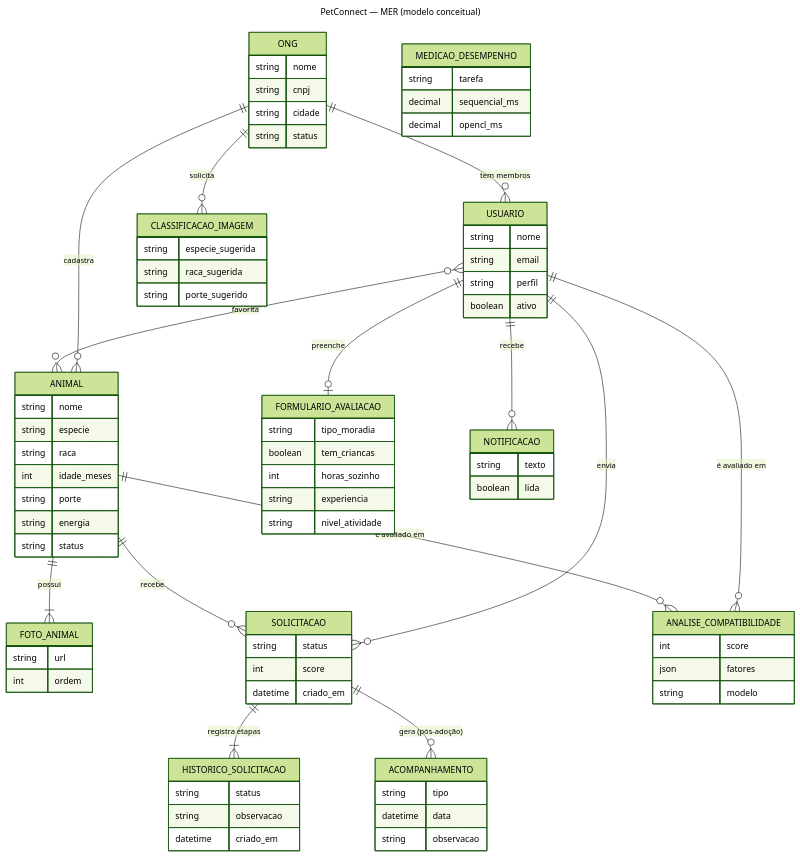
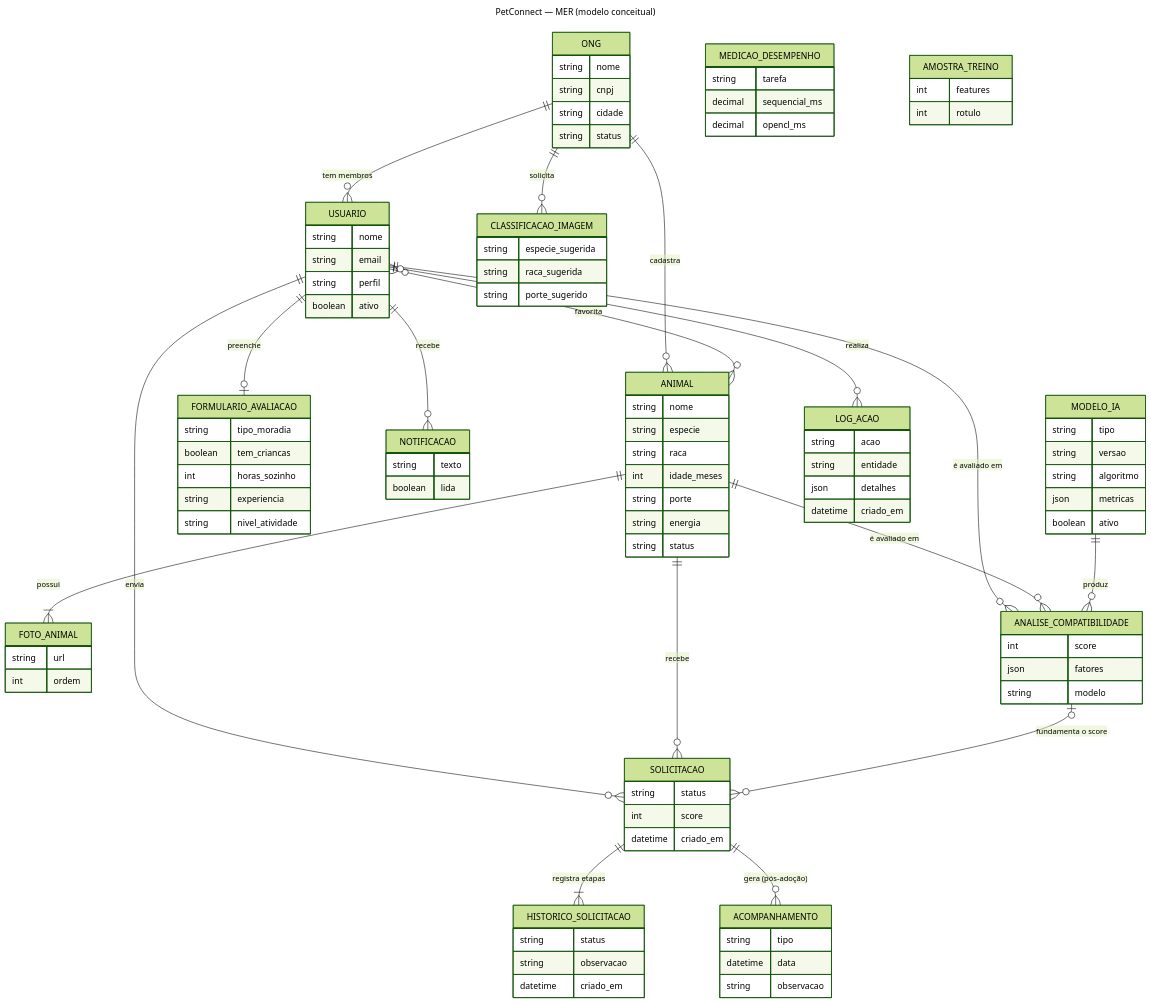
Before and after one commit to Kawan-marcus/PetConnect: the diagram in database/diagramas/mer_conceitual.mmd, drawn with Mermaid (forest theme). The commit also changed 10 other files, not shown here.

```diff
--- a/database/diagramas/mer_conceitual.mmd
+++ b/database/diagramas/mer_conceitual.mmd
@@ -1,30 +1,36 @@
 ---
 title: PetConnect — MER (modelo conceitual)
 ---
 erDiagram
     ONG ||--o{ USUARIO : "tem membros"
     ONG ||--o{ ANIMAL : "cadastra"
     ANIMAL ||--|{ FOTO_ANIMAL : "possui"
     USUARIO ||--o| FORMULARIO_AVALIACAO : "preenche"
     USUARIO }o--o{ ANIMAL : "favorita"
     USUARIO ||--o{ SOLICITACAO : "envia"
     ANIMAL ||--o{ SOLICITACAO : "recebe"
     SOLICITACAO ||--|{ HISTORICO_SOLICITACAO : "registra etapas"
     SOLICITACAO ||--o{ ACOMPANHAMENTO : "gera (pós-adoção)"
     USUARIO ||--o{ NOTIFICACAO : "recebe"
     USUARIO ||--o{ ANALISE_COMPATIBILIDADE : "é avaliado em"
     ANIMAL ||--o{ ANALISE_COMPATIBILIDADE : "é avaliado em"
     ONG ||--o{ CLASSIFICACAO_IMAGEM : "solicita"
+    ANALISE_COMPATIBILIDADE |o--o{ SOLICITACAO : "fundamenta o score"
+    MODELO_IA ||--o{ ANALISE_COMPATIBILIDADE : "produz"
+    USUARIO |o--o{ LOG_ACAO : "realiza"
 
     ONG { string nome string cnpj string cidade string status }
     USUARIO { string nome string email string perfil boolean ativo }
     ANIMAL { string nome string especie string raca int idade_meses string porte string energia string status }
     FOTO_ANIMAL { string url int ordem }
     FORMULARIO_AVALIACAO { string tipo_moradia boolean tem_criancas int horas_sozinho string experiencia string nivel_atividade }
     SOLICITACAO { string status int score datetime criado_em }
     HISTORICO_SOLICITACAO { string status string observacao datetime criado_em }
     ACOMPANHAMENTO { string tipo datetime data string observacao }
     NOTIFICACAO { string texto boolean lida }
     ANALISE_COMPATIBILIDADE { int score json fatores string modelo }
     CLASSIFICACAO_IMAGEM { string especie_sugerida string raca_sugerida string porte_sugerido }
     MEDICAO_DESEMPENHO { string tarefa decimal sequencial_ms decimal opencl_ms }
+    MODELO_IA { string tipo string versao string algoritmo json metricas boolean ativo }
+    AMOSTRA_TREINO { int features int rotulo }
+    LOG_ACAO { string acao string entidade json detalhes datetime criado_em }
```
